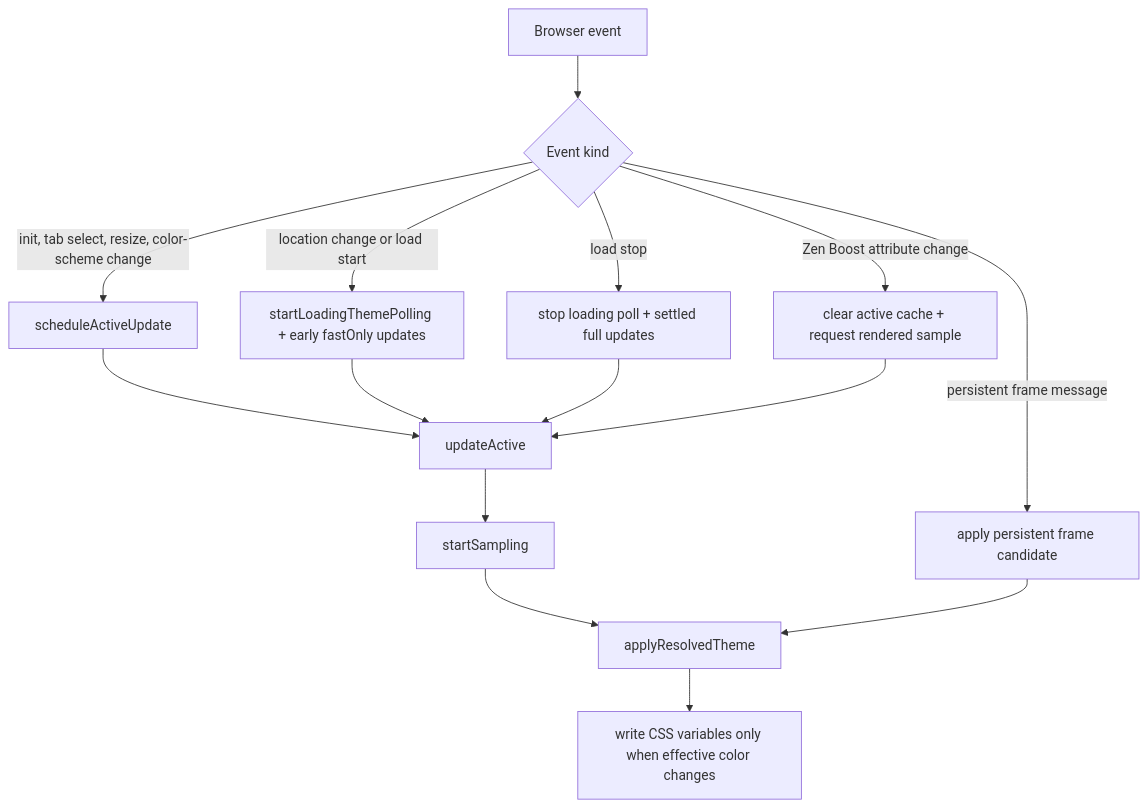
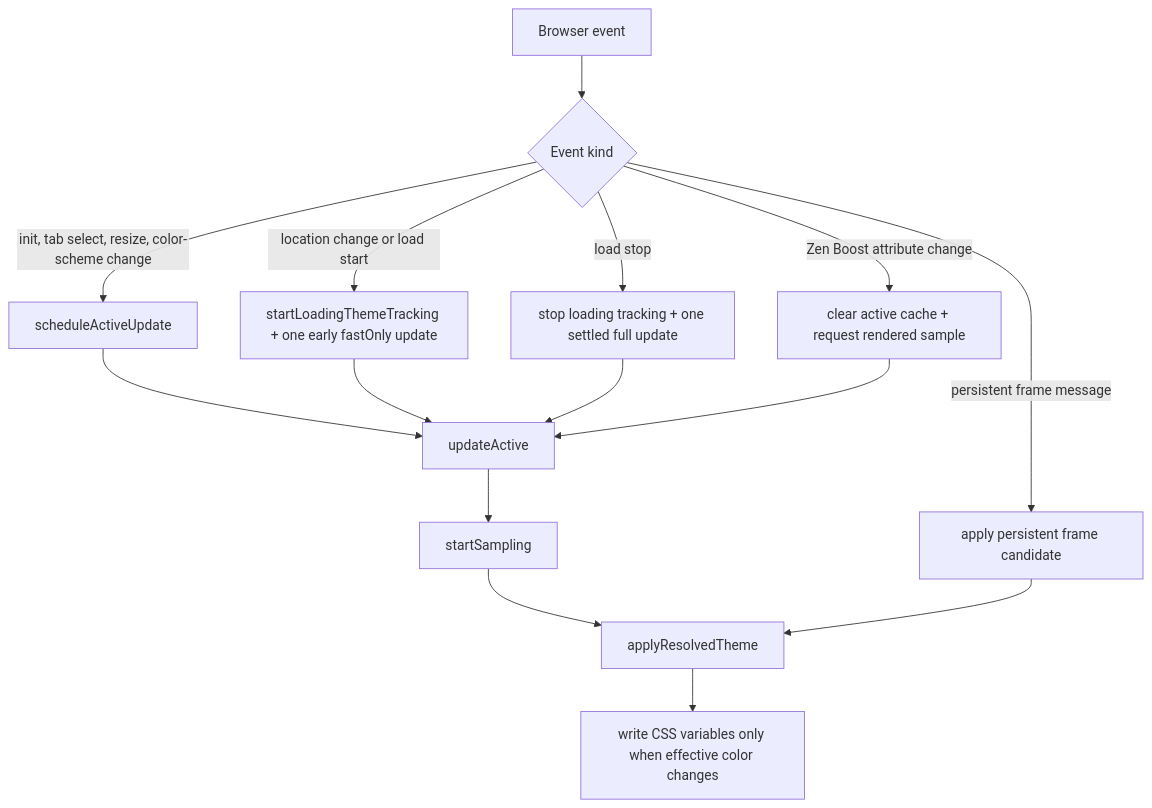
One commit to kkugot/blended-addressbar changed the first of 3 diagrams in docs/color-architecture.md. Above: the diagram before and after it, drawn with Mermaid. The commit also changed other lines of this file and 6 other files, not shown here.

````diff
--- a/docs/color-architecture.md
+++ b/docs/color-architecture.md
@@ -24,20 +24,20 @@
 ```mermaid
 flowchart TD
   Event["Browser event"] --> Kind{"Event kind"}
 
   Kind -->|init, tab select, resize, color-scheme change| Schedule["scheduleActiveUpdate"]
-  Kind -->|location change or load start| Loading["startLoadingThemePolling + early fastOnly updates"]
-  Kind -->|load stop| Settled["stop loading poll + settled full updates"]
+  Kind -->|location change or load start| Loading["startLoadingThemeTracking + one early fastOnly update"]
+  Kind -->|load stop| Settled["stop loading tracking + one settled full update"]
   Kind -->|persistent frame message| Persistent["apply persistent frame candidate"]
   Kind -->|Zen Boost attribute change| Boost["clear active cache + request rendered sample"]
 
   Schedule --> Update["updateActive"]
   Loading --> Update
   Settled --> Update
   Boost --> Update
 
   Update --> Start["startSampling"]
   Start --> Resolve["applyResolvedTheme"]
   Persistent --> Resolve
   Resolve --> Commit["write CSS variables only when effective color changes"]
 ```
````
